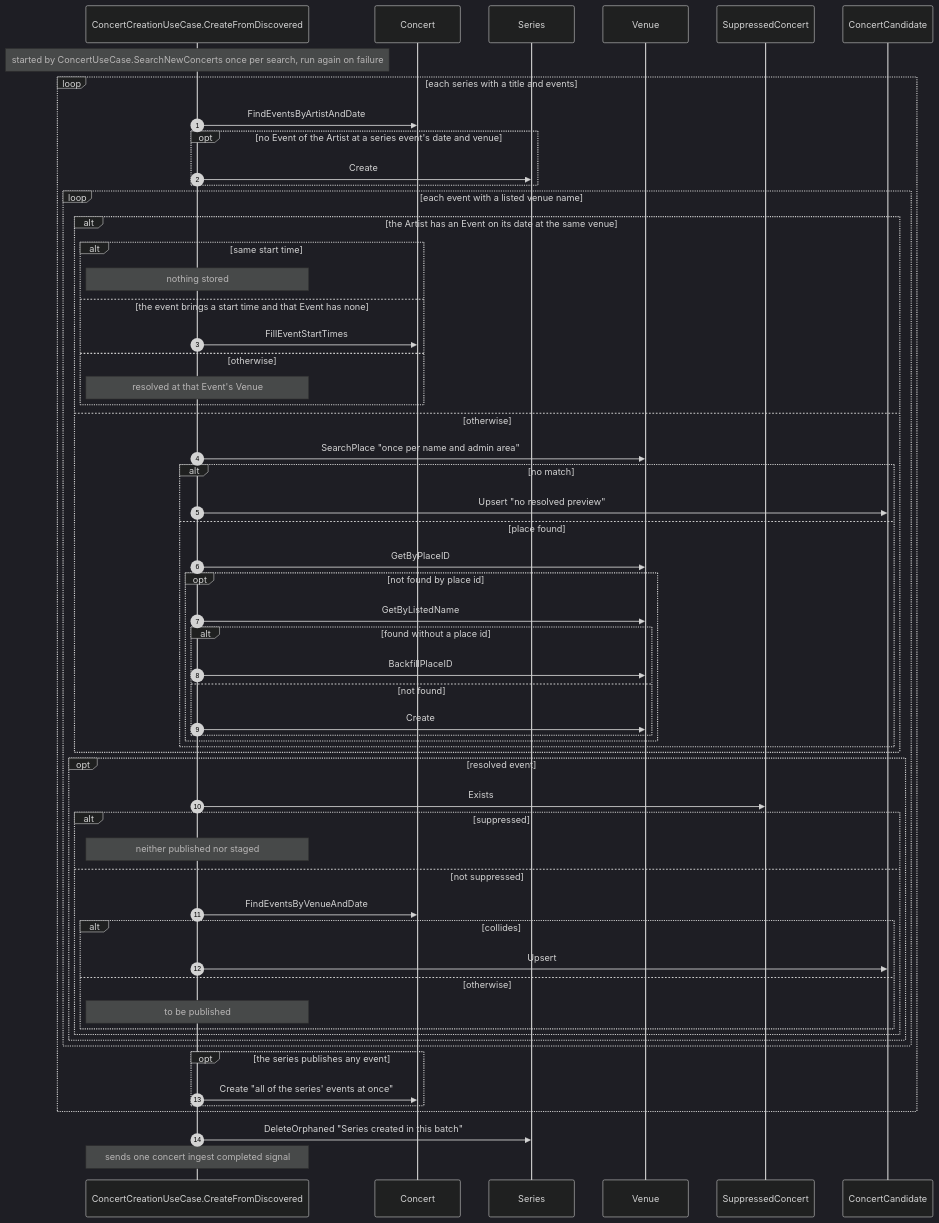
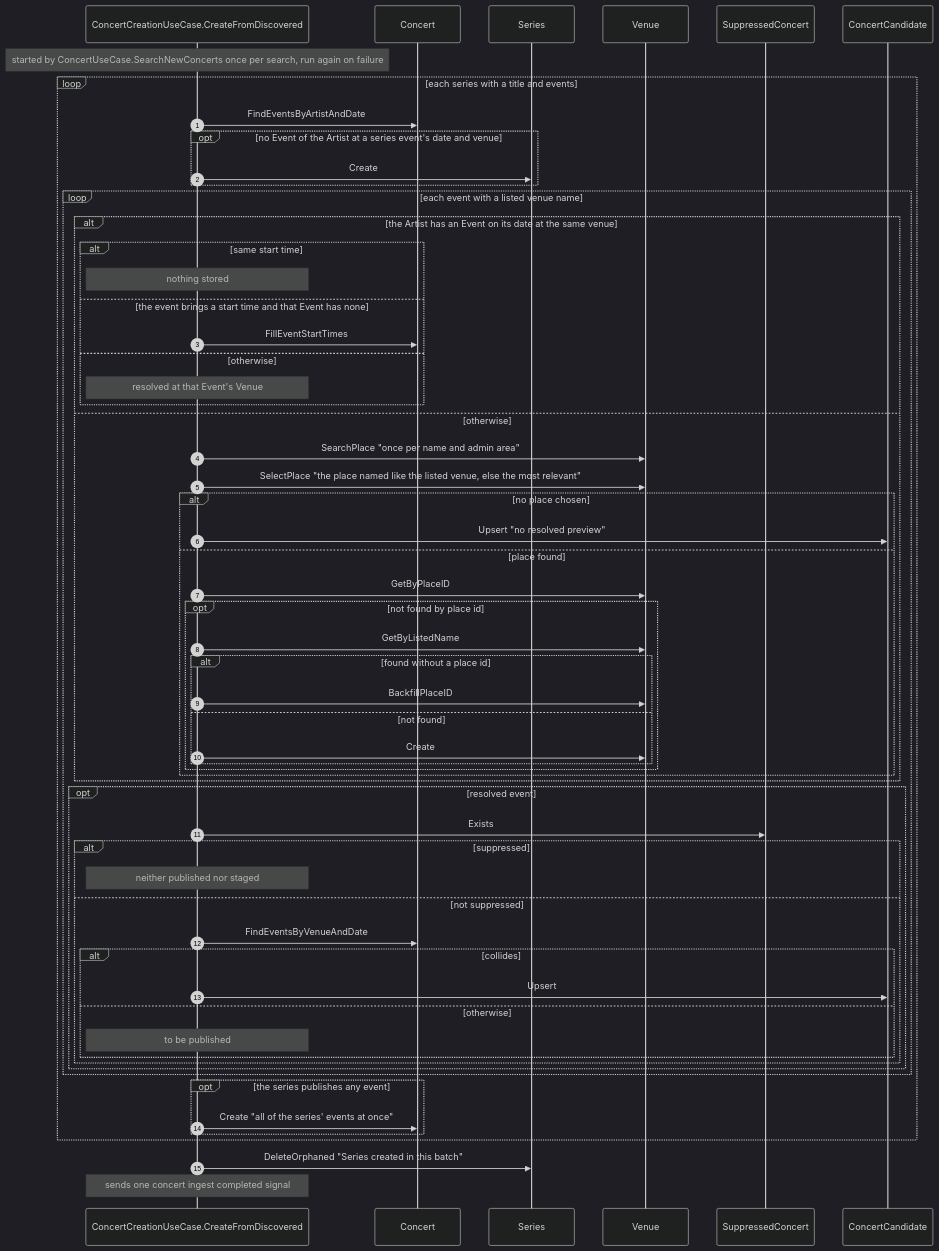
Before and after one commit to liverty-music/specification: the diagram in openspec/specs/components/usecase/concert/create-from-discovered/spec.md, drawn with Mermaid (dark theme). The commit also changed other lines of this file, not shown here.

First line of the commit message:
docs(openspec): add the SelectPlace step to the venue resolution of create-from-discovered

````diff
--- a/openspec/specs/components/usecase/concert/create-from-discovered/spec.md
+++ b/openspec/specs/components/usecase/concert/create-from-discovered/spec.md
@@ -7,61 +7,62 @@
 ```mermaid
 sequenceDiagram
 autonumber
 participant UC as ConcertCreationUseCase.CreateFromDiscovered
 participant Concert
 participant Series
 participant Venue
 participant SuppressedConcert
 participant ConcertCandidate
 Note over UC: started by ConcertUseCase.SearchNewConcerts once per search, run again on failure
 loop each series with a title and events
   UC->>Concert: FindEventsByArtistAndDate
   opt no Event of the Artist at a series event's date and venue
     UC->>Series: Create
   end
   loop each event with a listed venue name
     alt the Artist has an Event on its date at the same venue
       alt same start time
         Note over UC: nothing stored
       else the event brings a start time and that Event has none
         UC->>Concert: FillEventStartTimes
       else otherwise
         Note over UC: resolved at that Event's Venue
       end
     else otherwise
       UC->>Venue: SearchPlace "once per name and admin area"
-      alt no match
+      UC->>Venue: SelectPlace "the place named like the listed venue, else the most relevant"
+      alt no place chosen
         UC->>ConcertCandidate: Upsert "no resolved preview"
       else place found
         UC->>Venue: GetByPlaceID
         opt not found by place id
           UC->>Venue: GetByListedName
           alt found without a place id
             UC->>Venue: BackfillPlaceID
           else not found
             UC->>Venue: Create
           end
         end
       end
     end
     opt resolved event
       UC->>SuppressedConcert: Exists
       alt suppressed
         Note over UC: neither published nor staged
       else not suppressed
         UC->>Concert: FindEventsByVenueAndDate
         alt collides
           UC->>ConcertCandidate: Upsert
         else otherwise
           Note over UC: to be published
         end
       end
     end
   end
   opt the series publishes any event
     UC->>Concert: Create "all of the series' events at once"
   end
 end
 UC->>Series: DeleteOrphaned "Series created in this batch"
 Note over UC: sends one concert ingest completed signal
 ```
````
